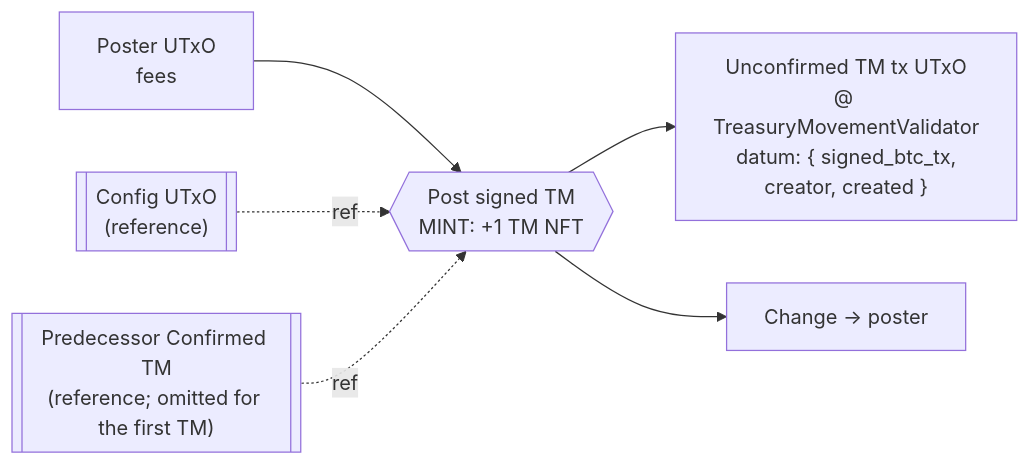
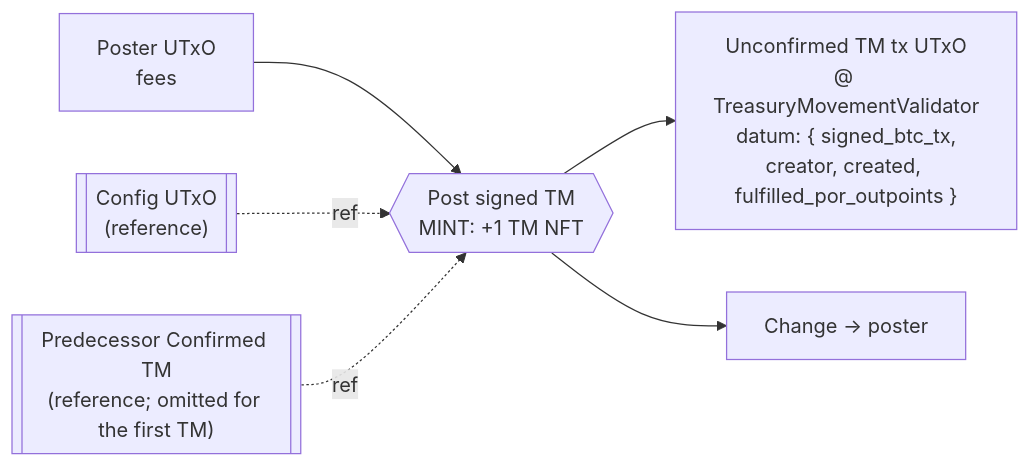
Diagram 13 of 20 in documentation/technical_documentation.md (rssh/ft-bifrost-bridge), drawn with Mermaid before and after one commit. The commit also changed other lines of this file and 1 other file, not shown here.

````diff
--- a/documentation/technical_documentation.md
+++ b/documentation/technical_documentation.md
@@ -1729,8 +1807,8 @@
 ```mermaid
 flowchart LR
   poster["Poster UTxO<br/>fees"] --> tx{{"Post signed TM<br/>MINT: +1 TM NFT"}}
   cfg_ref[["Config UTxO<br/>(reference)"]] -. ref .-> tx
   prev_ref[["Predecessor Confirmed TM<br/>(reference; omitted for the first TM)"]] -. ref .-> tx
-  tx --> unconf["Unconfirmed TM tx UTxO<br/>@ TreasuryMovementValidator<br/>datum: { signed_btc_tx,<br/>creator, created }"]
+  tx --> unconf["Unconfirmed TM tx UTxO<br/>@ TreasuryMovementValidator<br/>datum: { signed_btc_tx,<br/>creator, created, fulfilled_por_outpoints }"]
   tx --> change["Change → poster"]
 ```
````
